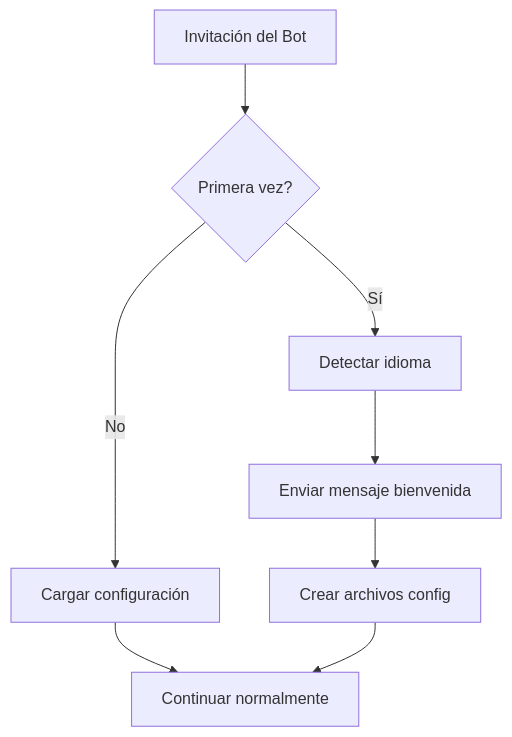
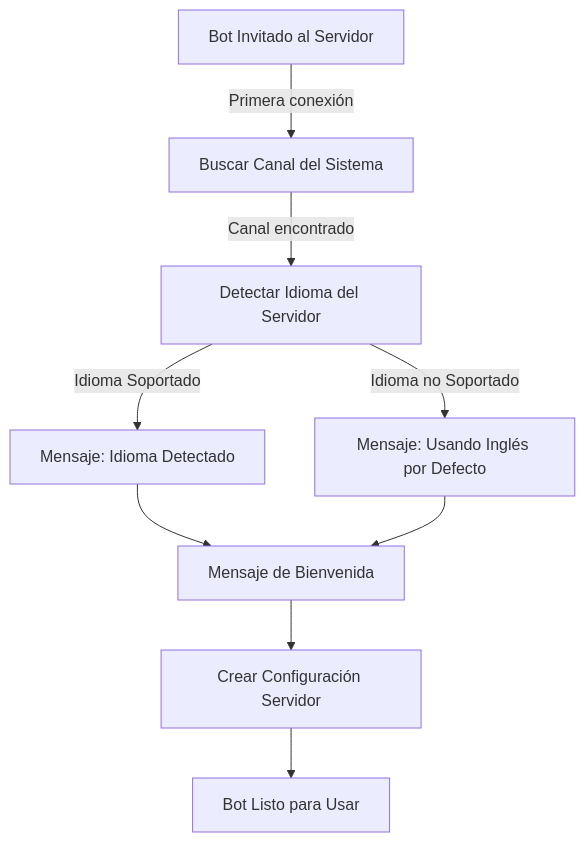
The first of 4 diagrams in README.md (Jaie55/TuneTwister), drawn with Mermaid before and after one commit. The commit also changed other lines of this file, not shown here.

````diff
--- a/README.md
+++ b/README.md
@@ -7,10 +8,11 @@
 ```mermaid
 graph TD
-    A[Invitación del Bot] --> B{Primera vez?}
-    B -->|Sí| C[Detectar idioma]
-    B -->|No| D[Cargar configuración]
-    C --> E[Enviar mensaje bienvenida]
-    D --> F[Continuar normalmente]
-    E --> G[Crear archivos config]
-    G --> F
+    A[Bot Invitado al Servidor] -->|Primera conexión| B[Buscar Canal del Sistema]
+    B -->|Canal encontrado| C[Detectar Idioma del Servidor]
+    C -->|Idioma Soportado| D[Mensaje: Idioma Detectado]
+    C -->|Idioma no Soportado| E[Mensaje: Usando Inglés por Defecto]
+    D --> F[Mensaje de Bienvenida]
+    E --> F
+    F --> G[Crear Configuración Servidor]
+    G --> H[Bot Listo para Usar]
 ```
````
